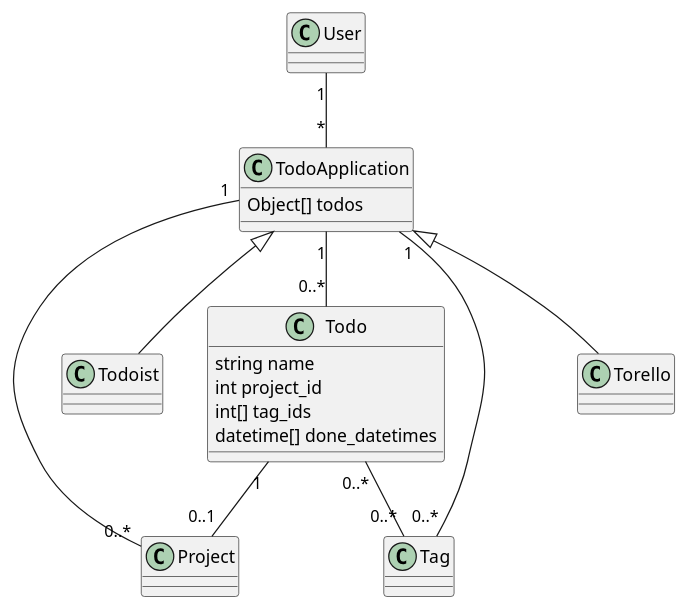
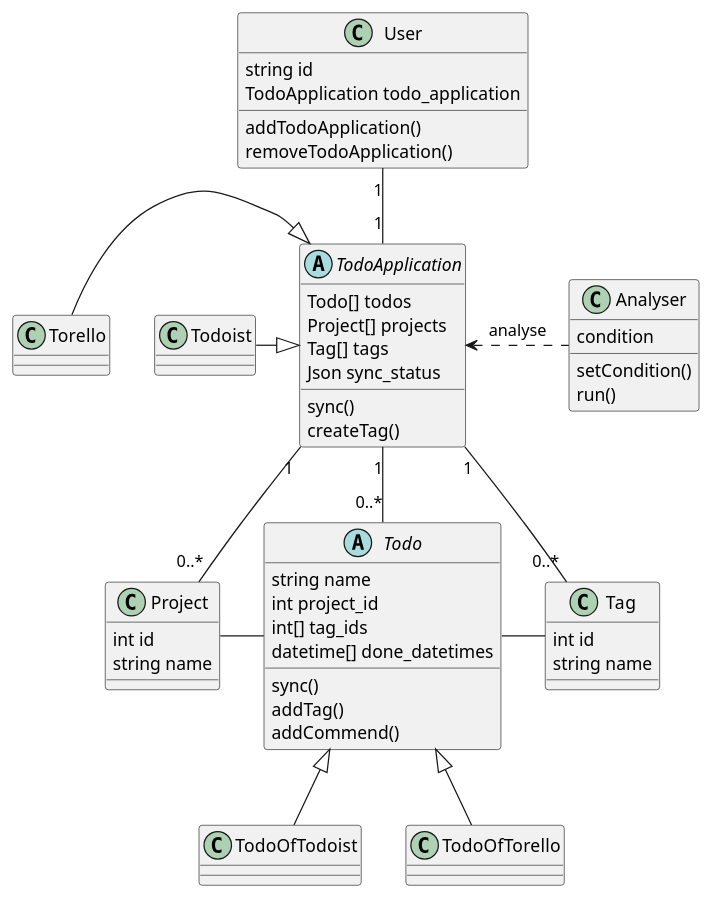
Before and after one commit to to-maru/tododog: the diagram in uml/classes.puml, drawn with PlantUML.

Commit message:
クラス図の作成

```diff
--- a/uml/classes.puml
+++ b/uml/classes.puml
@@ -1,33 +1,63 @@
 @startuml
 'https://plantuml.com/class-diagram
 
-class User
-abstract class TodoApplication
-class Todo
-class Todoist
+
+class User {
+string id
+TodoApplication todo_application
+addTodoApplication()
+removeTodoApplication()
+}
+
+abstract class TodoApplication {
+Todo[] todos
+Project[] projects
+Tag[] tags
+Json sync_status
+sync()
+createTag()
+}
+
+abstract class Todo {
+string name
+int project_id
+int[] tag_ids
+datetime[] done_datetimes
+sync()
+addTag()
+addCommend()
+}
+
+class Analyser {
+condition
+setCondition()
+run()
+}
+
+class Project {
+int id
+string name
+}
+
+class Tag {
+int id
+string name
+}
+
+Analyser .left> TodoApplication : analyse
+
+User "1"--"1" TodoApplication
 
 TodoApplication "1"--"0..*" Todo
 TodoApplication "1"--"0..*" Project
 TodoApplication "1"--"0..*" Tag
-Todo "1"--"0..1" Project
-Todo "0..*"--"0..*" Tag
+Todo -left Project
+Todo -right Tag
 
-TodoApplication <|-- Todoist
-TodoApplication <|-- Torello
+TodoApplication <|-left Todoist
+TodoApplication <|-left Torello
 
-
-User "1"--"*" TodoApplication
-'User ..> TodoApplication : registry
-
-class TodoApplication {
-Object[] todos
-}
-
-class Todo {
-string name
-int project_id
-int[] tag_ids
-datetime[] done_datetimes
-}
+Todo <|-- TodoOfTodoist
+Todo <|-- TodoOfTorello
 
 @enduml
```
